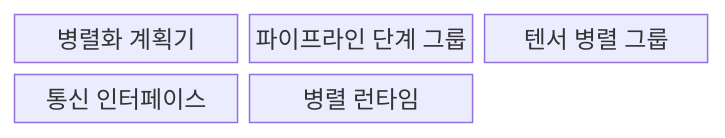
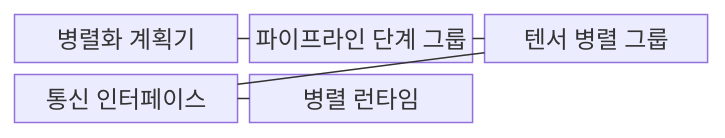
The first of 2 diagrams in src/content/docs/notes/08-latest-tech/155_model_parallelism.md (agnusdei1207/knowledge-base), drawn with Mermaid before and after one commit. The commit also changed other lines of this file and 228 other files, not shown here.

````diff
--- a/src/content/docs/notes/08-latest-tech/155_model_parallelism.md
+++ b/src/content/docs/notes/08-latest-tech/155_model_parallelism.md
@@ -51,9 +51,13 @@
 ```mermaid
 block-beta
     columns 3
     P["병렬화 계획기"]
     G["파이프라인 단계 그룹"]
     T["텐서 병렬 그룹"]
     C["통신 인터페이스"]
     R["병렬 런타임"]
+    P --- G
+    G --- T
+    T --- C
+    C --- R
 ```
````
